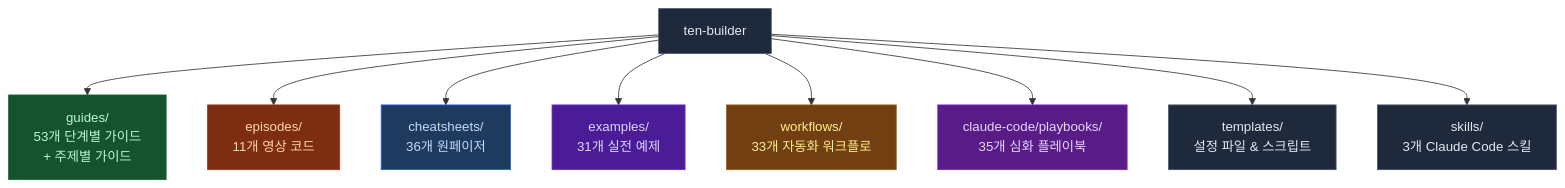
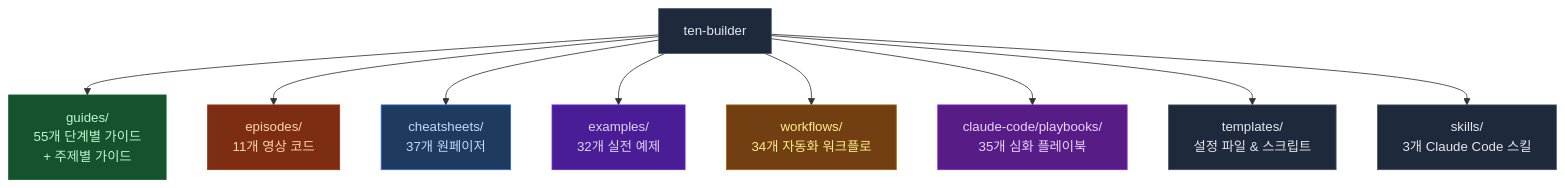
One commit to ten-builder/ten-builder changed the first of 2 diagrams in README.md. Above: the diagram before and after it, drawn with Mermaid. The commit also changed other lines of this file, not shown here.

Commit message:
docs: README sync -- 4 items (guide 54, eval cheatsheet, error recovery, ownership dashboard)

````diff
--- a/README.md
+++ b/README.md
@@ -23,21 +23,21 @@
 ```mermaid
 flowchart TD
-    R["ten-builder"] --> G["guides/\n53개 단계별 가이드\n+ 주제별 가이드"]
+    R["ten-builder"] --> G["guides/\n55개 단계별 가이드\n+ 주제별 가이드"]
     R --> E["episodes/\n11개 영상 코드"]
-    R --> C["cheatsheets/\n36개 원페이저"]
-    R --> EX["examples/\n31개 실전 예제"]
-    R --> W["workflows/\n33개 자동화 워크플로"]
+    R --> C["cheatsheets/\n37개 원페이저"]
+    R --> EX["examples/\n32개 실전 예제"]
+    R --> W["workflows/\n34개 자동화 워크플로"]
     R --> P["claude-code/playbooks/\n35개 심화 플레이북"]
     R --> T["templates/\n설정 파일 & 스크립트"]
     R --> S["skills/\n3개 Claude Code 스킬"]
 
     style R fill:#1e293b,stroke:#475569,color:#e2e8f0
     style G fill:#14532d,stroke:#166534,color:#bbf7d0
     style E fill:#7c2d12,stroke:#9a3412,color:#fed7aa
     style C fill:#1e3a5f,stroke:#2563eb,color:#bfdbfe
     style EX fill:#4a1d96,stroke:#6d28d9,color:#ddd6fe
     style W fill:#713f12,stroke:#a16207,color:#fef08a
     style P fill:#581c87,stroke:#7e22ce,color:#e9d5ff
     style T fill:#1e293b,stroke:#475569,color:#e2e8f0
     style S fill:#1e293b,stroke:#475569,color:#e2e8f0
 ```
````
